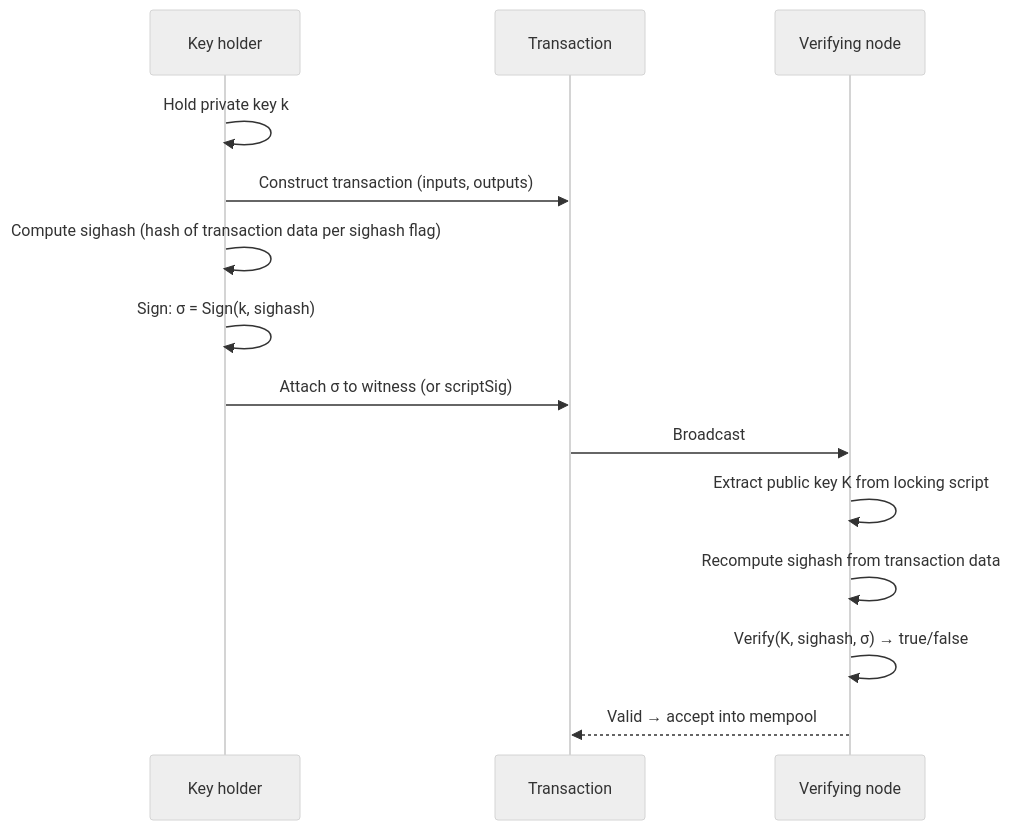
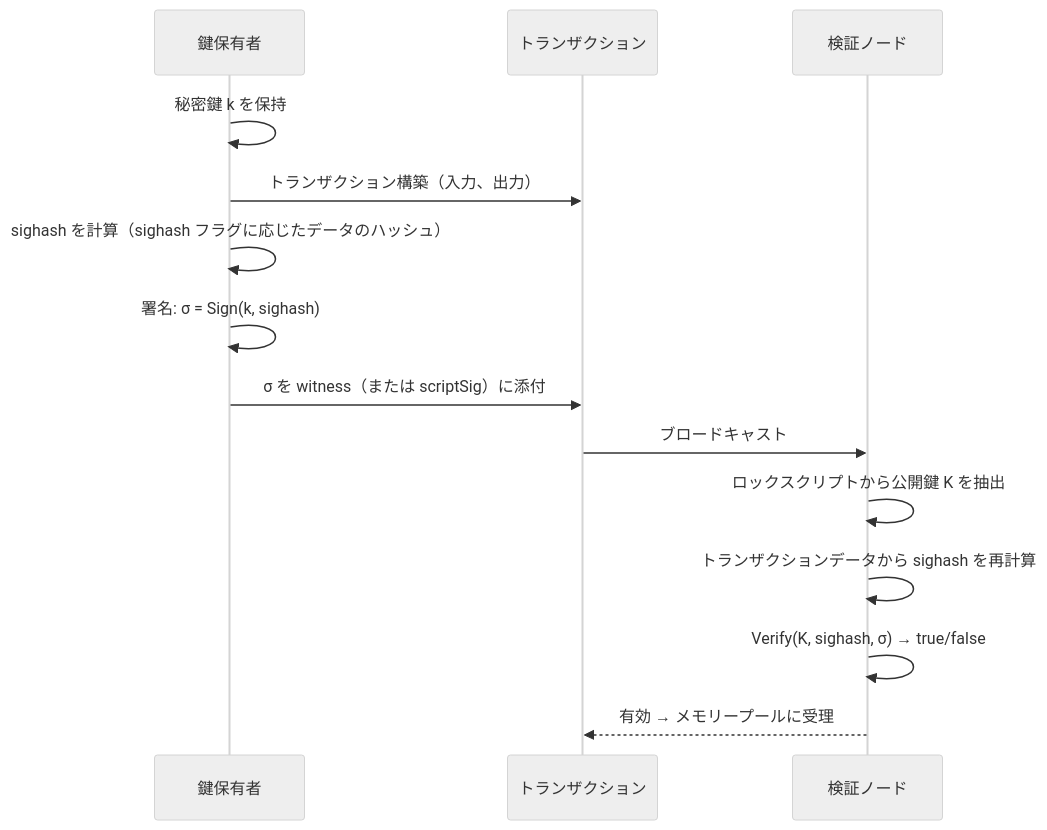
The third of 5 diagrams in src/data/translations/ja/design/2009-01-03-bitcoin-cryptography-design.md (cypher256/BitcoinArchive), drawn with Mermaid (neutral theme) before and after one commit. The commit also changed other lines of this file and 11 other files, not shown here.

````diff
--- a/src/data/translations/ja/design/2009-01-03-bitcoin-cryptography-design.md
+++ b/src/data/translations/ja/design/2009-01-03-bitcoin-cryptography-design.md
@@ -119,18 +119,18 @@
 ```mermaid
 sequenceDiagram
-    participant Owner as Key holder
-    participant TX as Transaction
-    participant Node as Verifying node
+    participant Owner as 鍵保有者
+    participant TX as トランザクション
+    participant Node as 検証ノード
 
-    Owner->>Owner: Hold private key k
-    Owner->>TX: Construct transaction (inputs, outputs)
-    Owner->>Owner: Compute sighash (hash of transaction data per sighash flag)
-    Owner->>Owner: Sign: σ = Sign(k, sighash)
-    Owner->>TX: Attach σ to witness (or scriptSig)
+    Owner->>Owner: 秘密鍵 k を保持
+    Owner->>TX: トランザクション構築（入力、出力）
+    Owner->>Owner: sighash を計算（sighash フラグに応じたデータのハッシュ）
+    Owner->>Owner: 署名: σ = Sign(k, sighash)
+    Owner->>TX: σ を witness（または scriptSig）に添付
 
-    TX->>Node: Broadcast
-    Node->>Node: Extract public key K from locking script
-    Node->>Node: Recompute sighash from transaction data
+    TX->>Node: ブロードキャスト
+    Node->>Node: ロックスクリプトから公開鍵 K を抽出
+    Node->>Node: トランザクションデータから sighash を再計算
     Node->>Node: Verify(K, sighash, σ) → true/false
-    Node-->>TX: Valid → accept into mempool
+    Node-->>TX: 有効 → メモリープールに受理
 ```
````
